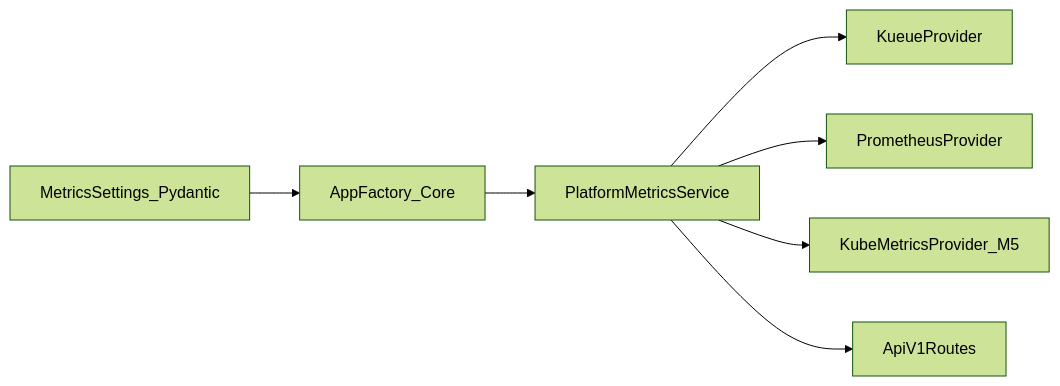
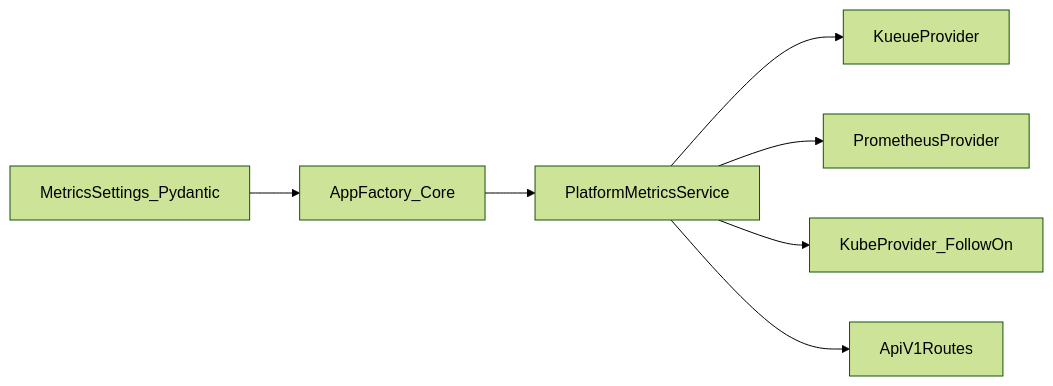
One commit to opencadc/science-platform changed the diagram in metrics/docs/plans/PLAN_M3_app_structure_and_platform_sources.md. Above: the diagram before and after it, drawn with Mermaid (forest theme). The commit also changed other lines of this file and 10 other files, not shown here.

Commit message:
docs(metrics): refresh milestone plans and M4–M5 roadmap

````diff
--- a/metrics/docs/plans/PLAN_M3_app_structure_and_platform_sources.md
+++ b/metrics/docs/plans/PLAN_M3_app_structure_and_platform_sources.md
@@ -117,9 +119,9 @@
 ```mermaid
 flowchart LR
 config[MetricsSettings_Pydantic] --> appFactory[AppFactory_Core]
 appFactory --> platformService[PlatformMetricsService]
 platformService --> kueueAdapter[KueueProvider]
 platformService --> promAdapter[PrometheusProvider]
-platformService --> kubeMetricsAdapter[KubeMetricsProvider_M5]
+platformService --> kubeAdapter[KubeProvider_FollowOn]
 platformService --> apiRoutes[ApiV1Routes]
 ```
````
